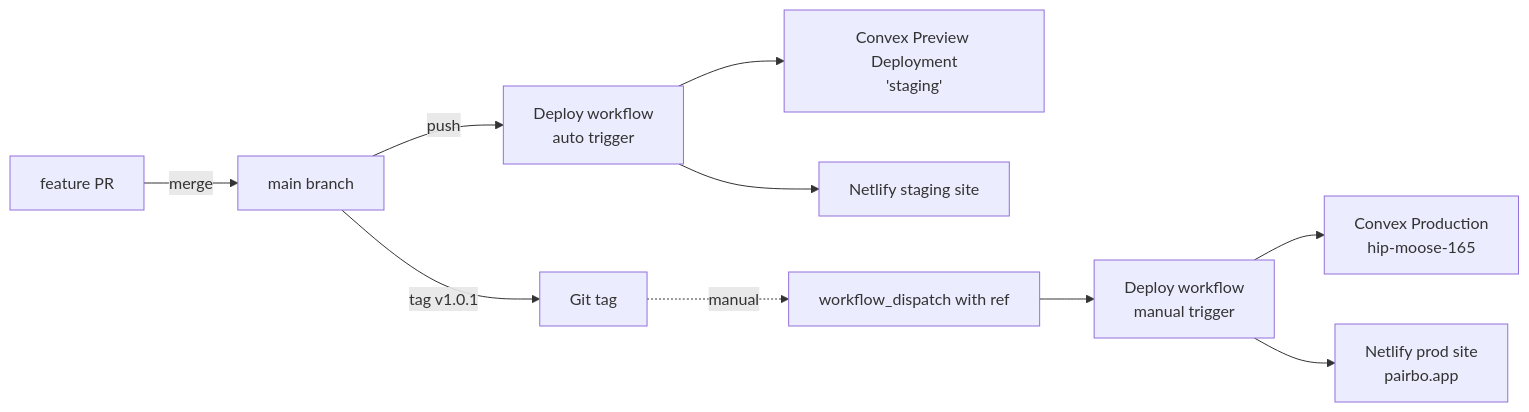
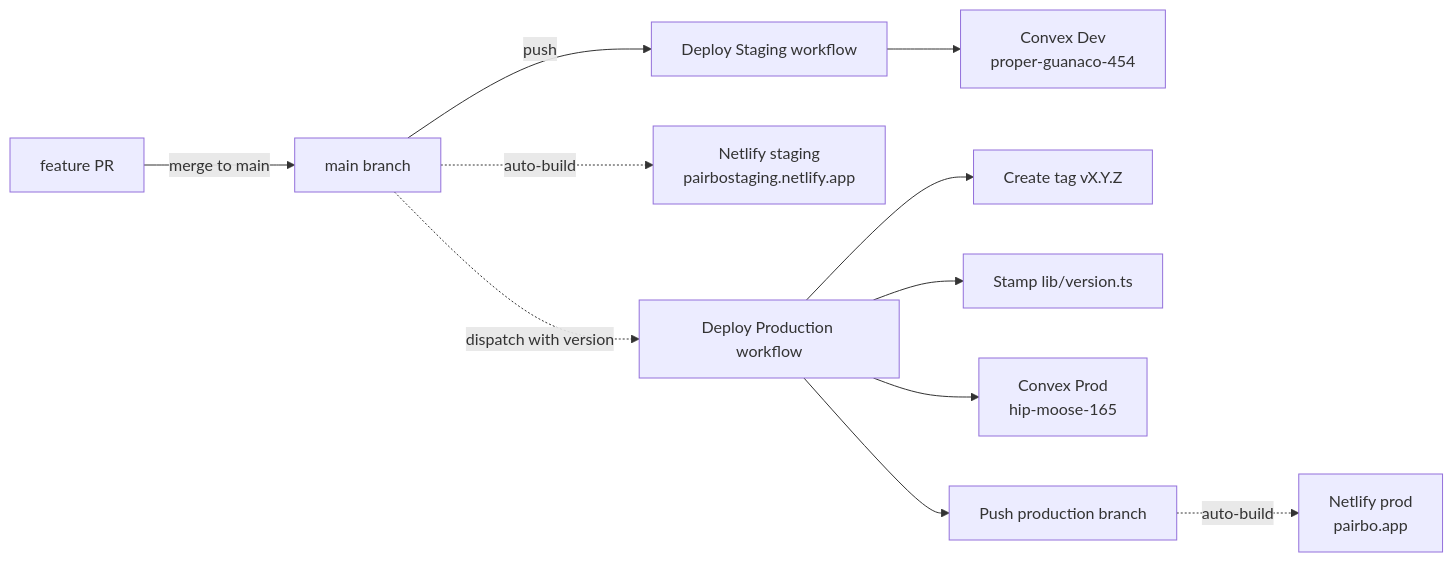
The diagram in docs/design-staging-environment.md (nakayamaryo0731/oaiko), drawn with Mermaid before and after one commit. The commit also changed other lines of this file and 2 other files, not shown here.

First line of the commit message:
docs: sync staging environment doc with actual implementation (#205)

````diff
--- a/docs/design-staging-environment.md
+++ b/docs/design-staging-environment.md
@@ -49,13 +54,14 @@
 ```mermaid
 graph LR
-  PR[feature PR] -->|merge| Main[main branch]
-  Main -->|push| Workflow1[Deploy workflow<br/>auto trigger]
-  Workflow1 --> ConvexS[Convex Preview Deployment<br/>'staging']
-  Workflow1 --> NetlifyS[Netlify staging site]
+  PR[feature PR] -->|merge to main| Main[main branch]
+  Main -->|push| WS[Deploy Staging workflow]
+  WS --> ConvexS[Convex Dev<br/>proper-guanaco-454]
+  Main -.->|auto-build| NetlifyS[Netlify staging<br/>pairbostaging.netlify.app]
 
-  Main -->|tag v1.0.1| Tag[Git tag]
-  Tag -.->|manual| Dispatch[workflow_dispatch with ref]
-  Dispatch --> Workflow2[Deploy workflow<br/>manual trigger]
-  Workflow2 --> ConvexP[Convex Production<br/>hip-moose-165]
-  Workflow2 --> NetlifyP[Netlify prod site<br/>pairbo.app]
+  Main -.->|dispatch with version| WP[Deploy Production workflow]
+  WP --> Tag[Create tag vX.Y.Z]
+  WP --> Stamp[Stamp lib/version.ts]
+  WP --> ConvexP[Convex Prod<br/>hip-moose-165]
+  WP --> ProdBranch[Push production branch]
+  ProdBranch -.->|auto-build| NetlifyP[Netlify prod<br/>pairbo.app]
 ```
````
